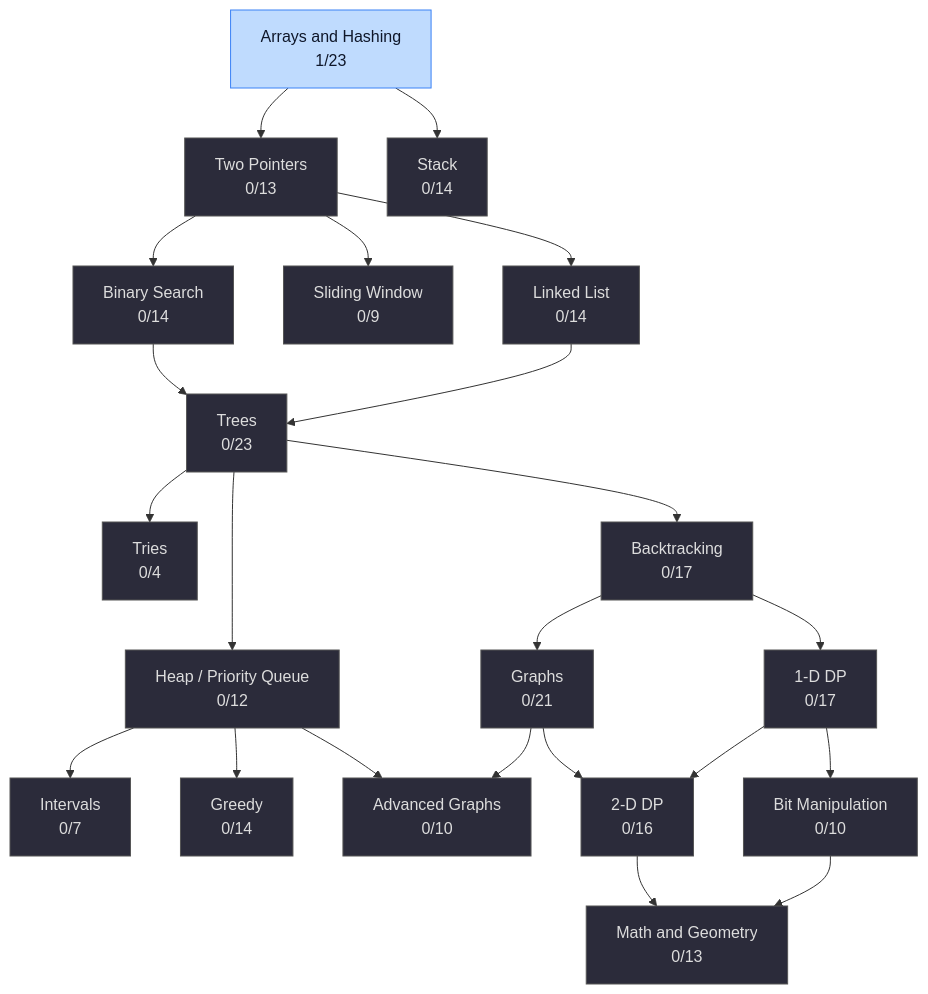
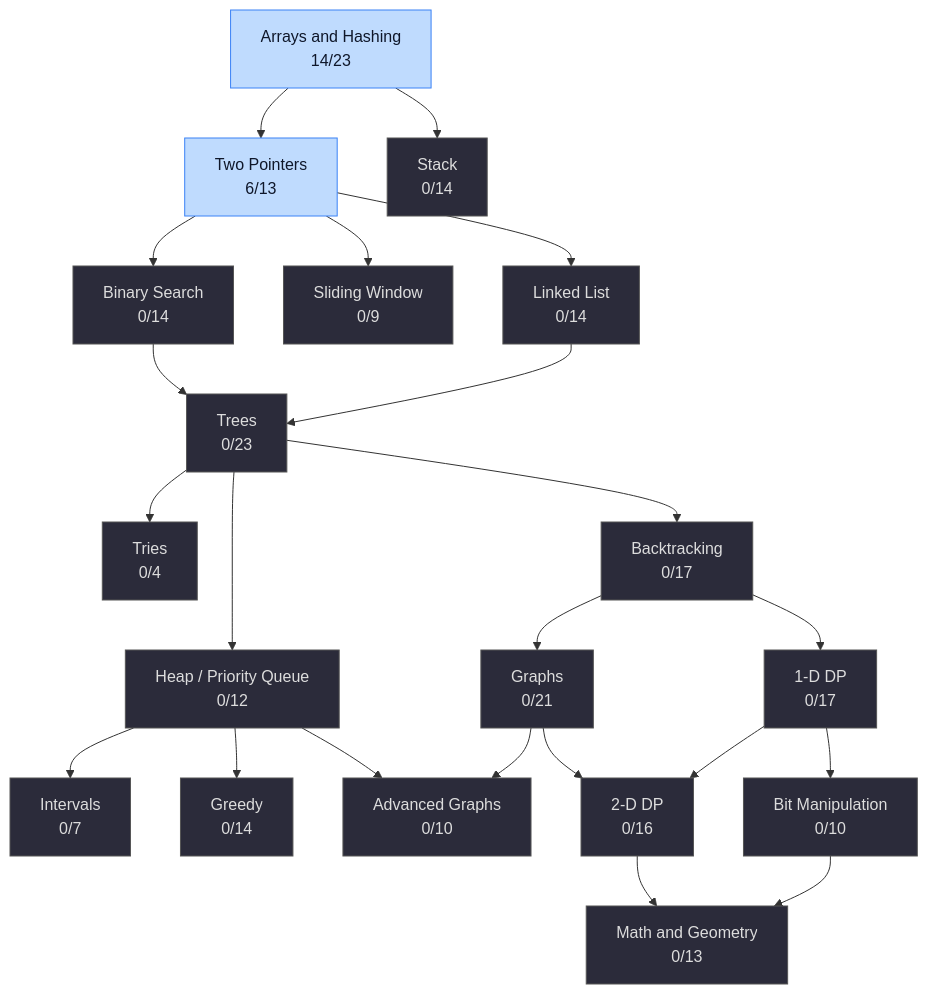
One commit to DevsLuca/Studies changed the diagram in LeetCode/README.md. Above: the diagram before and after it, drawn with Mermaid. The commit also changed other lines of this file, not shown here.

````diff
--- a/LeetCode/README.md
+++ b/LeetCode/README.md
@@ -8,47 +8,47 @@
 ```mermaid
 graph TD
-  AH["Arrays and Hashing<br/>1/23"]:::doing
-  TP["Two Pointers<br/>0/13"]:::todo
+  AH["Arrays and Hashing<br/>14/23"]:::doing
+  TP["Two Pointers<br/>6/13"]:::doing
   SW["Sliding Window<br/>0/9"]:::todo
   ST["Stack<br/>0/14"]:::todo
   BS["Binary Search<br/>0/14"]:::todo
   LL["Linked List<br/>0/14"]:::todo
   TR["Trees<br/>0/23"]:::todo
   HP["Heap / Priority Queue<br/>0/12"]:::todo
   BT["Backtracking<br/>0/17"]:::todo
   TRI["Tries<br/>0/4"]:::todo
   GP["Graphs<br/>0/21"]:::todo
   AG["Advanced Graphs<br/>0/10"]:::todo
   DP1["1-D DP<br/>0/17"]:::todo
   DP2["2-D DP<br/>0/16"]:::todo
   GR["Greedy<br/>0/14"]:::todo
   IN["Intervals<br/>0/7"]:::todo
   MG["Math and Geometry<br/>0/13"]:::todo
   BM["Bit Manipulation<br/>0/10"]:::todo
 
   AH --> TP
   AH --> ST
   TP --> BS
   TP --> SW
   TP --> LL
   BS --> TR
   LL --> TR
   TR --> TRI
   TR --> HP
   TR --> BT
   HP --> IN
   HP --> GR
   HP --> AG
   BT --> GP
   BT --> DP1
   GP --> AG
   GP --> DP2
   DP1 --> DP2
   DP1 --> BM
   DP2 --> MG
   BM --> MG
 
   classDef todo fill:#2b2b3a,stroke:#555,color:#ddd
   classDef doing fill:#bfdbfe,stroke:#3b82f6,color:#0f172a
   classDef done fill:#14532d,stroke:#22c55e,color:#fff
 ```
````
